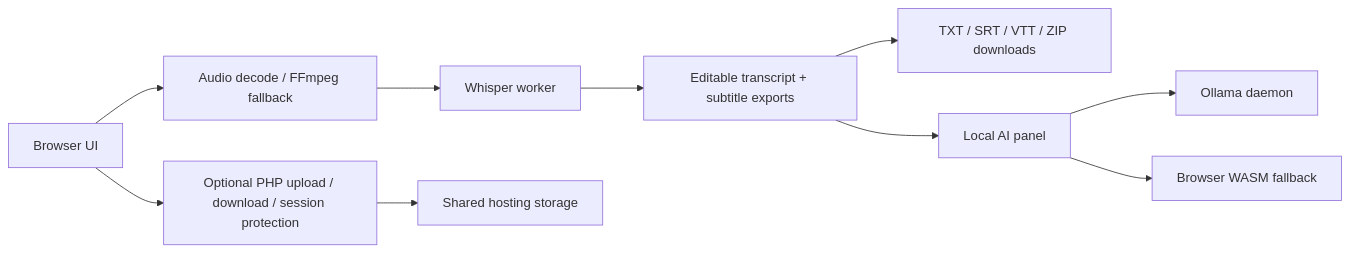
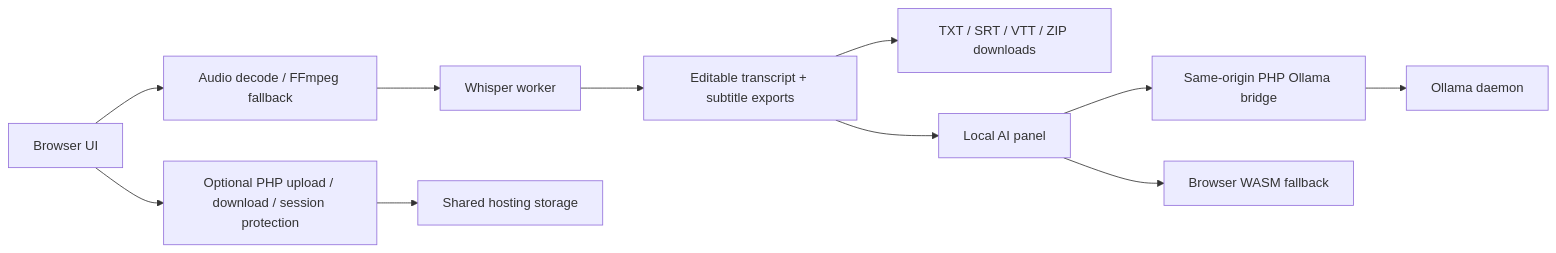
One commit to mytech-today-now/py-transcribe changed the diagram in readme.md. Above: the diagram before and after it, drawn with Mermaid. The commit also changed other lines of this file and 19 other files, not shown here.

````diff
--- a/readme.md
+++ b/readme.md
@@ -76,12 +76,13 @@
 ```mermaid
 flowchart LR
   A[Browser UI] --> B[Audio decode / FFmpeg fallback]
   B --> C[Whisper worker]
   C --> D[Editable transcript + subtitle exports]
   D --> E[TXT / SRT / VTT / ZIP downloads]
   D --> F[Local AI panel]
-  F --> G[Ollama daemon]
-  F --> H[Browser WASM fallback]
-  A --> I[Optional PHP upload / download / session protection]
-  I --> J[Shared hosting storage]
+  F --> G[Same-origin PHP Ollama bridge]
+  G --> H[Ollama daemon]
+  F --> I[Browser WASM fallback]
+  A --> J[Optional PHP upload / download / session protection]
+  J --> K[Shared hosting storage]
 ```
````
